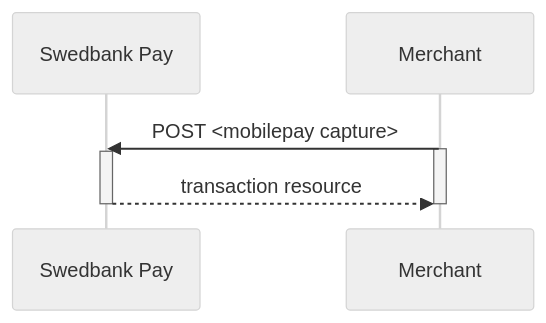
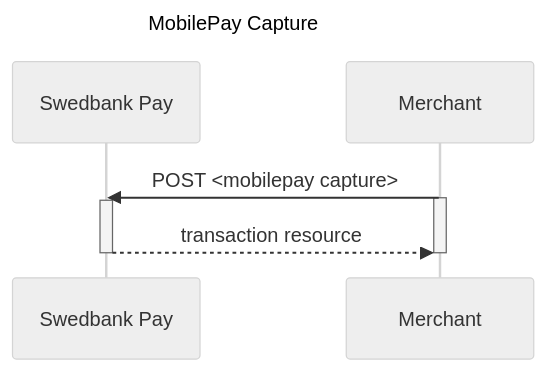
Before and after one commit to SwedbankPay/developer.swedbankpay.com: the diagram in _includes/mobilepay-payments-capture.md, drawn with Mermaid (neutral theme). The commit also changed 66 other files, not shown here.

Commit message:
Added titles in sequence diagrams

````diff
--- a/_includes/mobilepay-payments-capture.md
+++ b/_includes/mobilepay-payments-capture.md
@@ -53,11 +53,12 @@
 ```mermaid
 sequenceDiagram
+title: MobilePay Capture
     participant SwedbankPay as Swedbank Pay
 
     Merchant->>SwedbankPay: POST <mobilepay capture>
     activate Merchant
     activate SwedbankPay
     SwedbankPay-->>Merchant: transaction resource
     deactivate SwedbankPay
     deactivate Merchant
 ```
````
